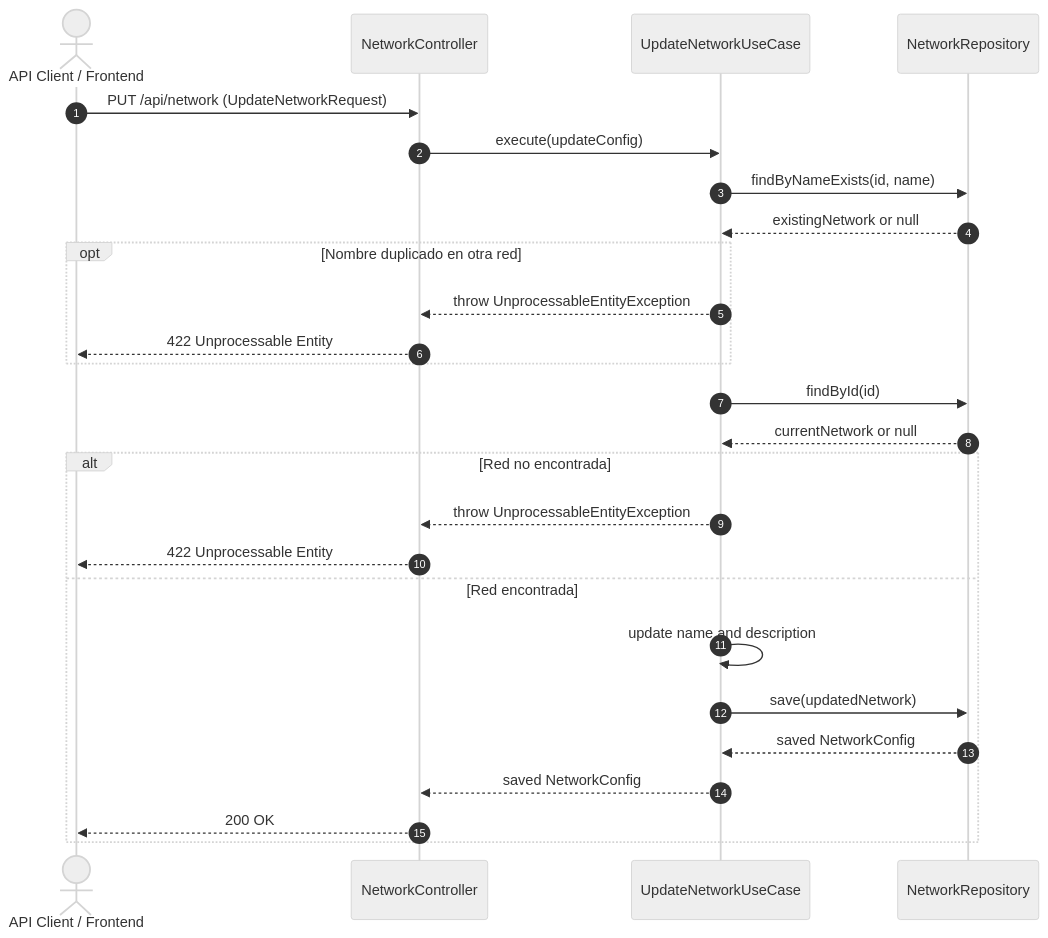
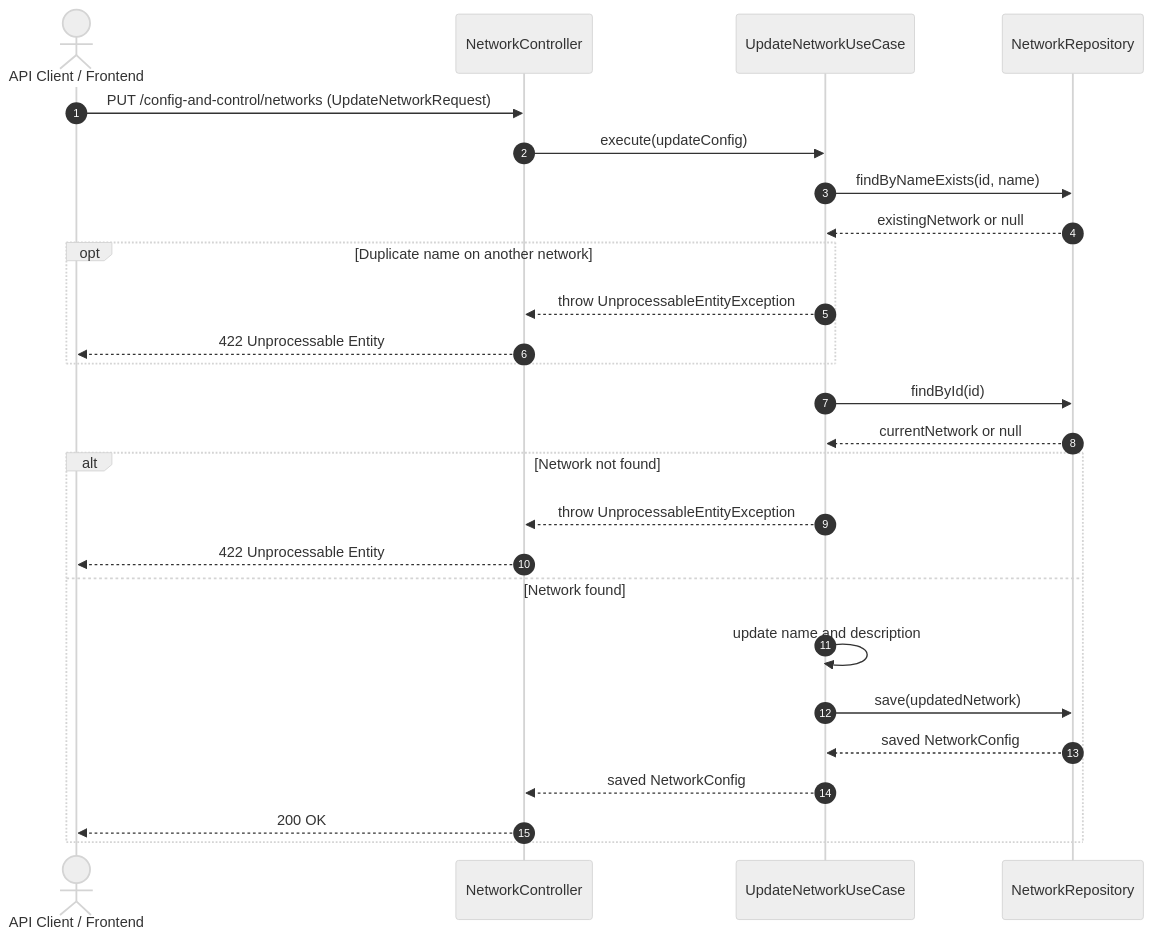
The diagram in .agents/use_cases/UpdateNetworkUseCase.md (Biopatternsg-ms/config-and-control), drawn with Mermaid (neutral theme) before and after one commit. The commit also changed other lines of this file and 16 other files, not shown here.

````diff
--- a/.agents/use_cases/UpdateNetworkUseCase.md
+++ b/.agents/use_cases/UpdateNetworkUseCase.md
@@ -27,29 +27,29 @@
 ```mermaid
 sequenceDiagram
     autonumber
-    actor Cliente as API Client / Frontend
+    actor Client as API Client / Frontend
     participant Controller as NetworkController
     participant UseCase as UpdateNetworkUseCase
     participant Repo as NetworkRepository
 
-    Cliente->>Controller: PUT /api/network (UpdateNetworkRequest)
+    Client->>Controller: PUT /config-and-control/networks (UpdateNetworkRequest)
     Controller->>UseCase: execute(updateConfig)
     UseCase->>Repo: findByNameExists(id, name)
     Repo-->>UseCase: existingNetwork or null
-    opt Nombre duplicado en otra red
+    opt Duplicate name on another network
         UseCase-->>Controller: throw UnprocessableEntityException
-        Controller-->>Cliente: 422 Unprocessable Entity
+        Controller-->>Client: 422 Unprocessable Entity
     end
     UseCase->>Repo: findById(id)
     Repo-->>UseCase: currentNetwork or null
-    alt Red no encontrada
+    alt Network not found
         UseCase-->>Controller: throw UnprocessableEntityException
-        Controller-->>Cliente: 422 Unprocessable Entity
-    else Red encontrada
+        Controller-->>Client: 422 Unprocessable Entity
+    else Network found
         UseCase->>UseCase: update name and description
         UseCase->>Repo: save(updatedNetwork)
         Repo-->>UseCase: saved NetworkConfig
         UseCase-->>Controller: saved NetworkConfig
-        Controller-->>Cliente: 200 OK
+        Controller-->>Client: 200 OK
     end
 ```
````
